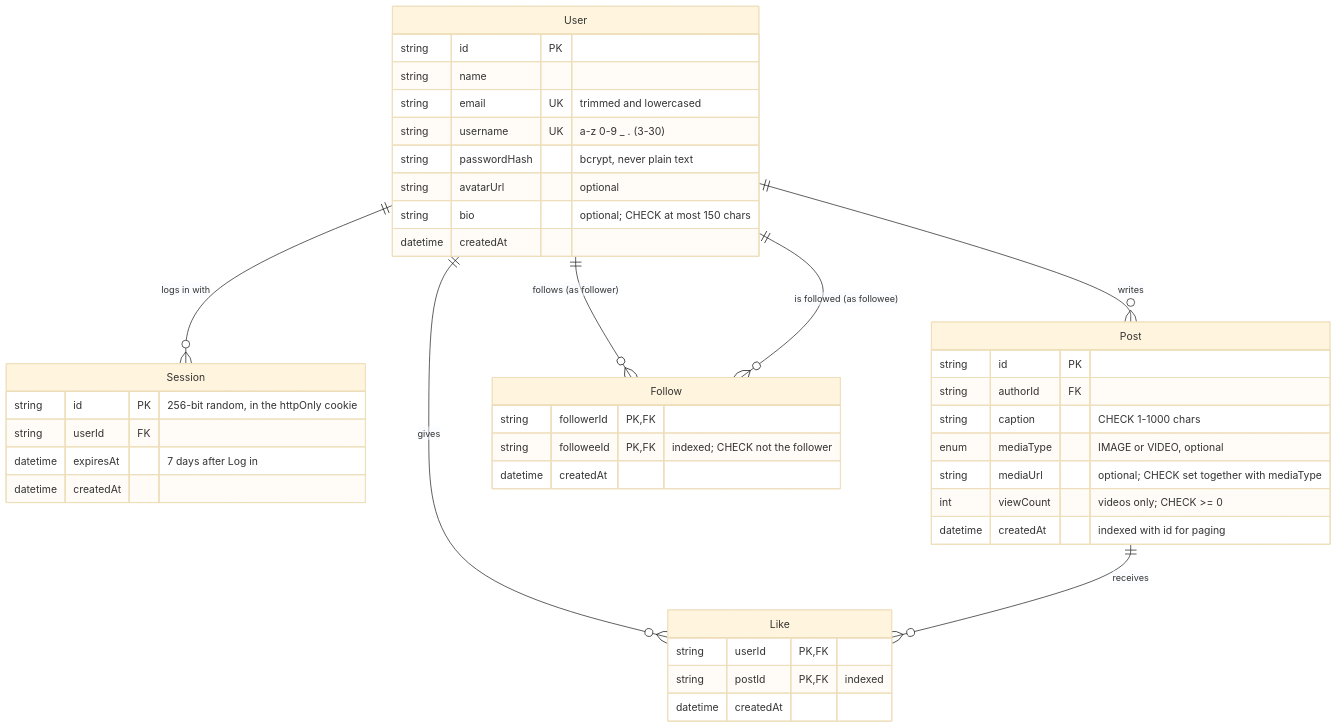
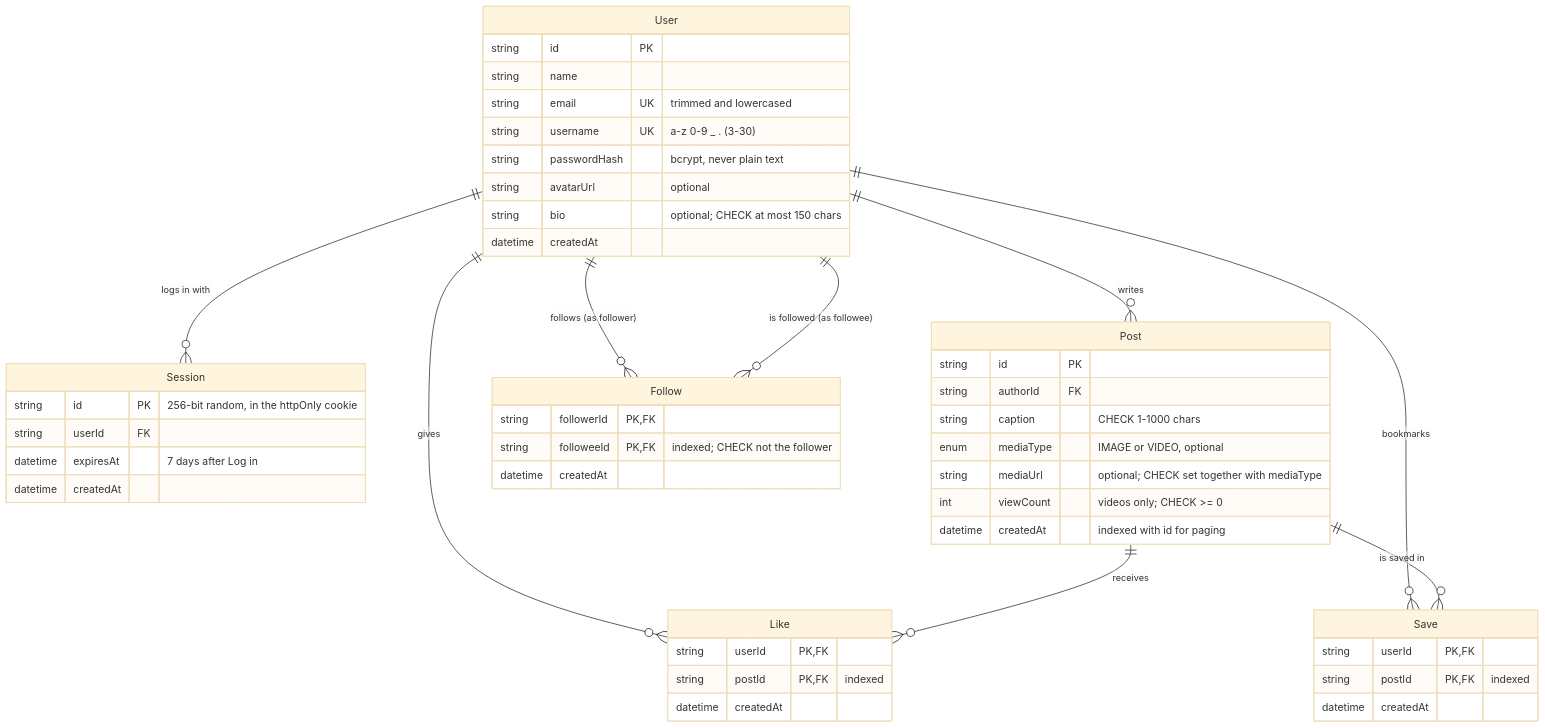
Before and after one commit to durva7px/sociao: the diagram in README.md, drawn with Mermaid (base theme). The commit also changed other lines of this file and 19 other files, not shown here.

````diff
--- a/README.md
+++ b/README.md
@@ -80,45 +80,52 @@
 ```mermaid
 erDiagram
     User ||--o{ Session : "logs in with"
     User ||--o{ Post : "writes"
     User ||--o{ Like : "gives"
     Post ||--o{ Like : "receives"
+    User ||--o{ Save : "bookmarks"
+    Post ||--o{ Save : "is saved in"
     User ||--o{ Follow : "follows (as follower)"
     User ||--o{ Follow : "is followed (as followee)"
 
     User {
         string id PK
         string name
         string email UK "trimmed and lowercased"
         string username UK "a-z 0-9 _ . (3-30)"
         string passwordHash "bcrypt, never plain text"
         string avatarUrl "optional"
         string bio "optional; CHECK at most 150 chars"
         datetime createdAt
     }
     Session {
         string id PK "256-bit random, in the httpOnly cookie"
         string userId FK
         datetime expiresAt "7 days after Log in"
         datetime createdAt
     }
     Post {
         string id PK
         string authorId FK
         string caption "CHECK 1-1000 chars"
         enum mediaType "IMAGE or VIDEO, optional"
         string mediaUrl "optional; CHECK set together with mediaType"
         int viewCount "videos only; CHECK >= 0"
         datetime createdAt "indexed with id for paging"
     }
     Like {
         string userId PK, FK
         string postId PK, FK "indexed"
         datetime createdAt
     }
+    Save {
+        string userId PK, FK
+        string postId PK, FK "indexed"
+        datetime createdAt
+    }
     Follow {
         string followerId PK, FK
         string followeeId PK, FK "indexed; CHECK not the follower"
         datetime createdAt
     }
 ```
````
